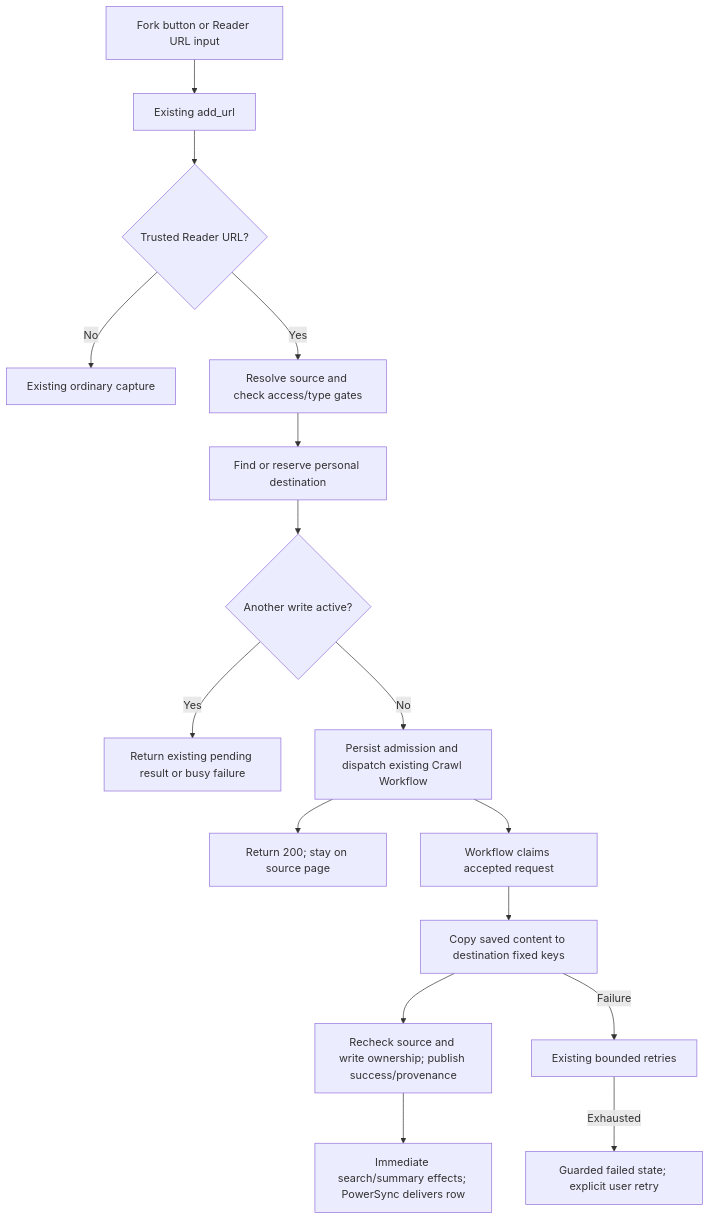
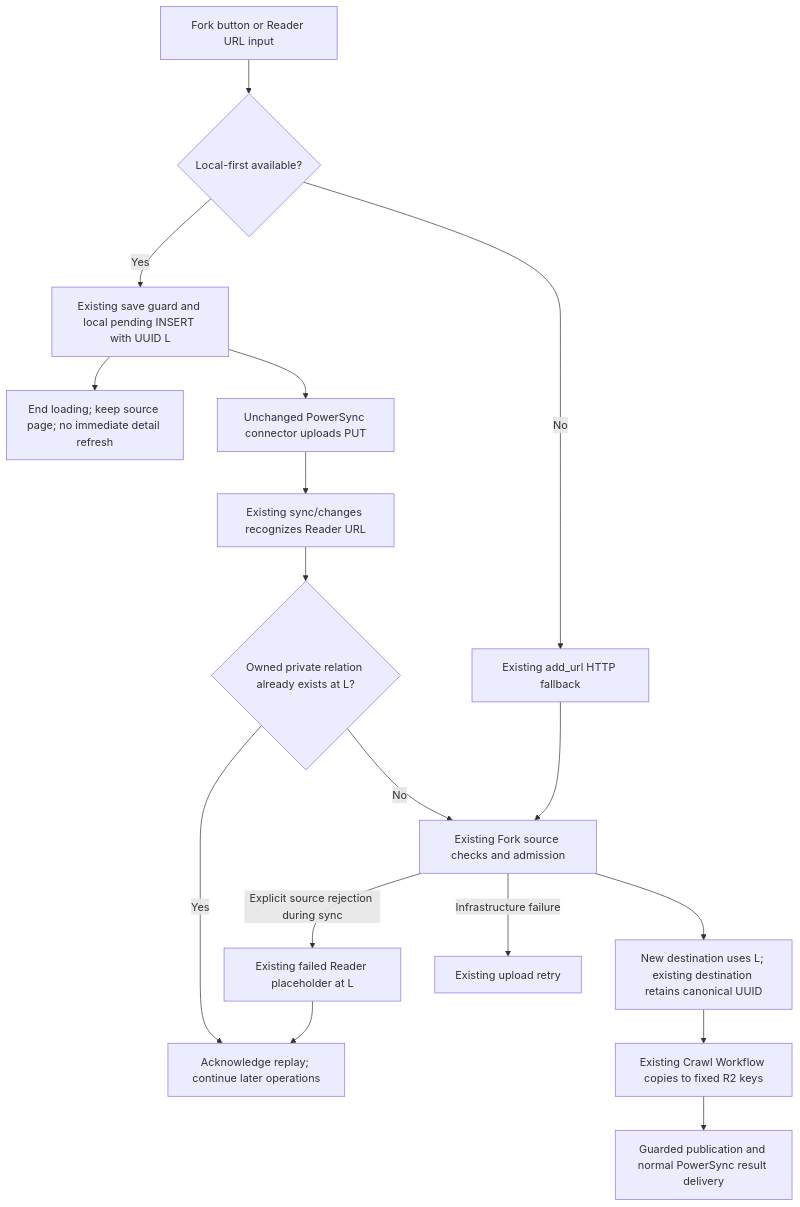
The first of 4 diagrams in docs/api/bookmark-fork-fixed-paths.md (slax-lab/slax-reader), drawn with Mermaid before and after one commit. The commit also changed other lines of this file and 17 other files, not shown here.

Commit message:
feat(bookmark): reuse PowerSync saves for Reader forks

````diff
--- a/docs/api/bookmark-fork-fixed-paths.md
+++ b/docs/api/bookmark-fork-fixed-paths.md
@@ -63,18 +61,19 @@
 ```mermaid
 flowchart TD
-    A[Fork button or Reader URL input] --> B[Existing add_url]
-    B --> C{Trusted Reader URL?}
-    C -- No --> D[Existing ordinary capture]
-    C -- Yes --> E[Resolve source and check access/type gates]
-    E --> F[Find or reserve personal destination]
-    F --> G{Another write active?}
-    G -- Yes --> H[Return existing pending result or busy failure]
-    G -- No --> I[Persist admission and dispatch existing Crawl Workflow]
-    I --> J[Return 200; stay on source page]
-    I --> K[Workflow claims accepted request]
-    K --> L[Copy saved content to destination fixed keys]
-    L --> M[Recheck source and write ownership; publish success/provenance]
-    M --> N[Immediate search/summary effects; PowerSync delivers row]
-    L -- Failure --> O[Existing bounded retries]
-    O -- Exhausted --> P[Guarded failed state; explicit user retry]
+    A[Fork button or Reader URL input] --> B{Local-first available?}
+    B -- Yes --> C[Existing save guard and local pending INSERT with UUID L]
+    C --> D[End loading; keep source page; no immediate detail refresh]
+    C --> E[Unchanged PowerSync connector uploads PUT]
+    E --> F[Existing sync/changes recognizes Reader URL]
+    F --> G{Owned private relation already exists at L?}
+    G -- Yes --> H[Acknowledge replay; continue later operations]
+    G -- No --> I[Existing Fork source checks and admission]
+    B -- No --> J[Existing add_url HTTP fallback]
+    J --> I
+    I --> K[New destination uses L; existing destination retains canonical UUID]
+    K --> L[Existing Crawl Workflow copies to fixed R2 keys]
+    L --> M[Guarded publication and normal PowerSync result delivery]
+    I -- Explicit source rejection during sync --> N[Existing failed Reader placeholder at L]
+    N --> H
+    I -- Infrastructure failure --> O[Existing upload retry]
 ```
````
